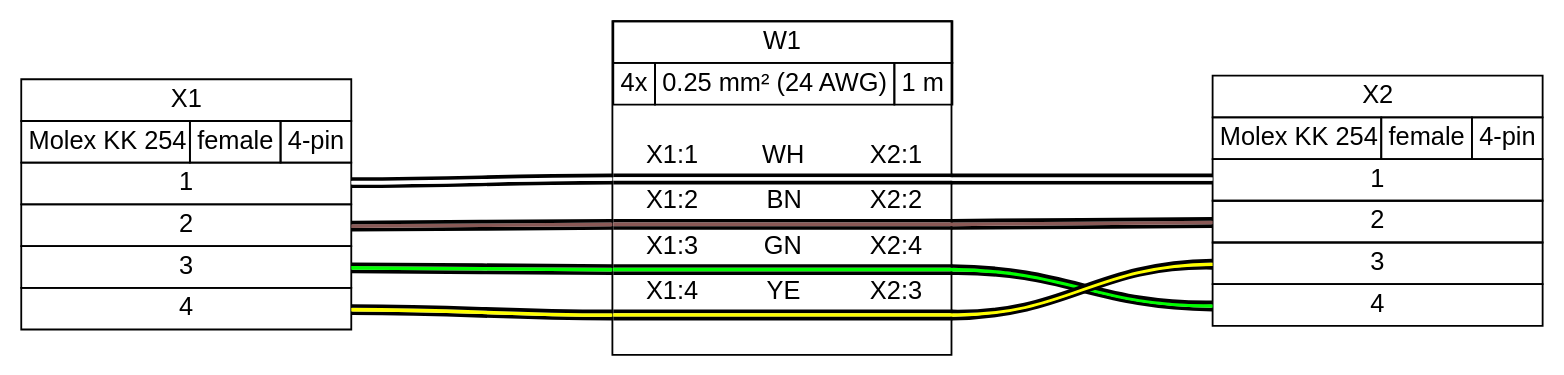
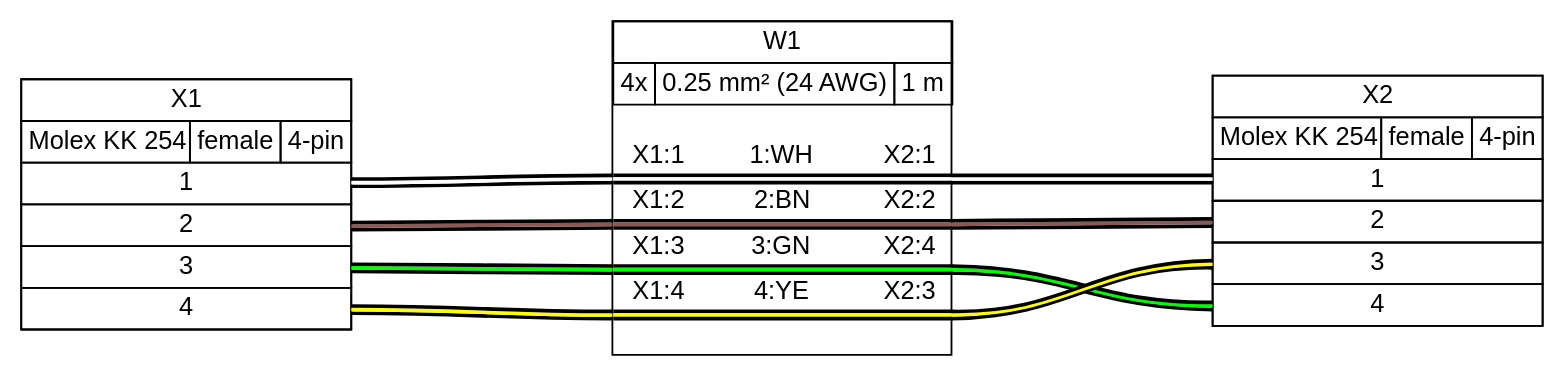
The diagram in tutorial/tutorial02.gv (wireviz/WireViz), drawn with Graphviz before and after one commit. The commit also changed 100 other files, not shown here.

```diff
--- a/tutorial/tutorial02.gv
+++ b/tutorial/tutorial02.gv
@@ -1,161 +1,169 @@
 graph {
-// Graph generated by WireViz 0.2
+// Graph generated by WireViz 0.3
 // https://github.com/formatc1702/WireViz
-	graph [bgcolor=white fontname=arial nodesep=0.33 rankdir=LR ranksep=2]
-	node [fillcolor=white fontname=arial shape=record style=filled]
+	graph [bgcolor="#FFFFFF" fontname=arial nodesep=0.33 rankdir=LR ranksep=2]
+	node [fillcolor="#FFFFFF" fontname=arial height=0 margin=0 shape=none style=filled width=0]
 	edge [fontname=arial style=bold]
 	X1 [label=<
 <table border="0" cellspacing="0" cellpadding="0">
  <tr><td>
   <table border="0" cellspacing="0" cellpadding="3" cellborder="1"><tr>
    <td balign="left">X1</td>
   </tr></table>
  </td></tr>
  <tr><td>
   <table border="0" cellspacing="0" cellpadding="3" cellborder="1"><tr>
    <td balign="left">Molex KK 254</td>
    <td balign="left">female</td>
    <td balign="left">4-pin</td>
   </tr></table>
  </td></tr>
  <tr><td>
   <table border="0" cellspacing="0" cellpadding="3" cellborder="1">
    <tr>
     <td port="p1r">1</td>
    </tr>
    <tr>
     <td port="p2r">2</td>
    </tr>
    <tr>
     <td port="p3r">3</td>
    </tr>
    <tr>
     <td port="p4r">4</td>
    </tr>
   </table>
  </td></tr>
 </table>
-> fillcolor=white margin=0 shape=none style=filled]
+> fillcolor="#FFFFFF" shape=box style=filled]
 	X2 [label=<
 <table border="0" cellspacing="0" cellpadding="0">
  <tr><td>
   <table border="0" cellspacing="0" cellpadding="3" cellborder="1"><tr>
    <td balign="left">X2</td>
   </tr></table>
  </td></tr>
  <tr><td>
   <table border="0" cellspacing="0" cellpadding="3" cellborder="1"><tr>
    <td balign="left">Molex KK 254</td>
    <td balign="left">female</td>
    <td balign="left">4-pin</td>
   </tr></table>
  </td></tr>
  <tr><td>
   <table border="0" cellspacing="0" cellpadding="3" cellborder="1">
    <tr>
     <td port="p1l">1</td>
    </tr>
    <tr>
     <td port="p2l">2</td>
    </tr>
    <tr>
     <td port="p3l">3</td>
    </tr>
    <tr>
     <td port="p4l">4</td>
    </tr>
   </table>
  </td></tr>
 </table>
-> fillcolor=white margin=0 shape=none style=filled]
+> fillcolor="#FFFFFF" shape=box style=filled]
 	edge [color="#000000:#ffffff:#000000"]
 	X1:p1r:e -- W1:w1:w
 	W1:w1:e -- X2:p1l:w
 	edge [color="#000000:#895956:#000000"]
 	X1:p2r:e -- W1:w2:w
 	W1:w2:e -- X2:p2l:w
 	edge [color="#000000:#00ff00:#000000"]
 	X1:p3r:e -- W1:w3:w
 	W1:w3:e -- X2:p4l:w
 	edge [color="#000000:#ffff00:#000000"]
 	X1:p4r:e -- W1:w4:w
 	W1:w4:e -- X2:p3l:w
 	W1 [label=<
 <table border="0" cellspacing="0" cellpadding="0">
  <tr><td>
   <table border="0" cellspacing="0" cellpadding="3" cellborder="1"><tr>
    <td balign="left">W1</td>
   </tr></table>
  </td></tr>
  <tr><td>
   <table border="0" cellspacing="0" cellpadding="3" cellborder="1"><tr>
    <td balign="left">4x</td>
    <td balign="left">0.25 mm² (24 AWG)</td>
    <td balign="left">1 m</td>
   </tr></table>
  </td></tr>
  <tr><td>
   <table border="0" cellspacing="0" cellborder="0">
    <tr><td>&nbsp;</td></tr>
    <tr>
     <td>X1:1</td>
-    <td>WH</td>
+    <td>
+     1:WH
+    </td>
     <td>X2:1</td>
    </tr>
    <tr>
     <td colspan="3" border="0" cellspacing="0" cellpadding="0" port="w1" height="6">
      <table cellspacing="0" cellborder="0" border="0">
       <tr><td colspan="3" cellpadding="0" height="2" bgcolor="#000000" border="0"></td></tr>
       <tr><td colspan="3" cellpadding="0" height="2" bgcolor="#ffffff" border="0"></td></tr>
       <tr><td colspan="3" cellpadding="0" height="2" bgcolor="#000000" border="0"></td></tr>
      </table>
     </td>
    </tr>
    <tr>
     <td>X1:2</td>
-    <td>BN</td>
+    <td>
+     2:BN
+    </td>
     <td>X2:2</td>
    </tr>
    <tr>
     <td colspan="3" border="0" cellspacing="0" cellpadding="0" port="w2" height="6">
      <table cellspacing="0" cellborder="0" border="0">
       <tr><td colspan="3" cellpadding="0" height="2" bgcolor="#000000" border="0"></td></tr>
       <tr><td colspan="3" cellpadding="0" height="2" bgcolor="#895956" border="0"></td></tr>
       <tr><td colspan="3" cellpadding="0" height="2" bgcolor="#000000" border="0"></td></tr>
      </table>
     </td>
    </tr>
    <tr>
     <td>X1:3</td>
-    <td>GN</td>
+    <td>
+     3:GN
+    </td>
     <td>X2:4</td>
    </tr>
    <tr>
     <td colspan="3" border="0" cellspacing="0" cellpadding="0" port="w3" height="6">
      <table cellspacing="0" cellborder="0" border="0">
       <tr><td colspan="3" cellpadding="0" height="2" bgcolor="#000000" border="0"></td></tr>
       <tr><td colspan="3" cellpadding="0" height="2" bgcolor="#00ff00" border="0"></td></tr>
       <tr><td colspan="3" cellpadding="0" height="2" bgcolor="#000000" border="0"></td></tr>
      </table>
     </td>
    </tr>
    <tr>
     <td>X1:4</td>
-    <td>YE</td>
+    <td>
+     4:YE
+    </td>
     <td>X2:3</td>
    </tr>
    <tr>
     <td colspan="3" border="0" cellspacing="0" cellpadding="0" port="w4" height="6">
      <table cellspacing="0" cellborder="0" border="0">
       <tr><td colspan="3" cellpadding="0" height="2" bgcolor="#000000" border="0"></td></tr>
       <tr><td colspan="3" cellpadding="0" height="2" bgcolor="#ffff00" border="0"></td></tr>
       <tr><td colspan="3" cellpadding="0" height="2" bgcolor="#000000" border="0"></td></tr>
      </table>
     </td>
    </tr>
    <tr><td>&nbsp;</td></tr>
   </table>
  </td></tr>
 </table>
-> fillcolor=white margin=0 shape=box style=""]
+> fillcolor="#FFFFFF" shape=box style=filled]
 }
```
